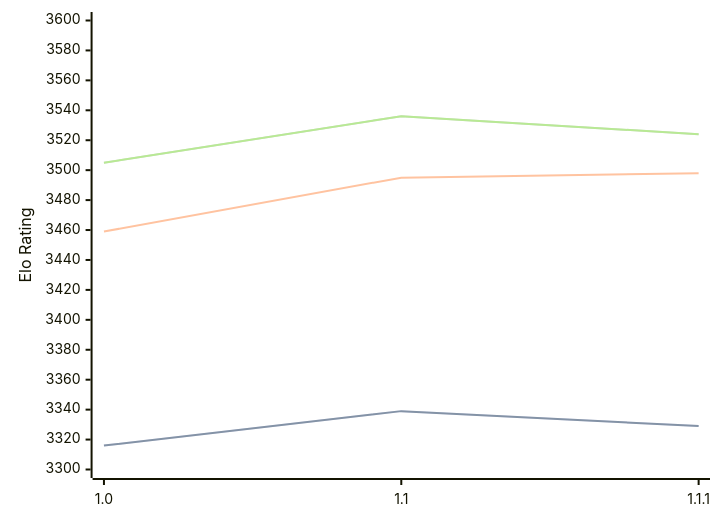
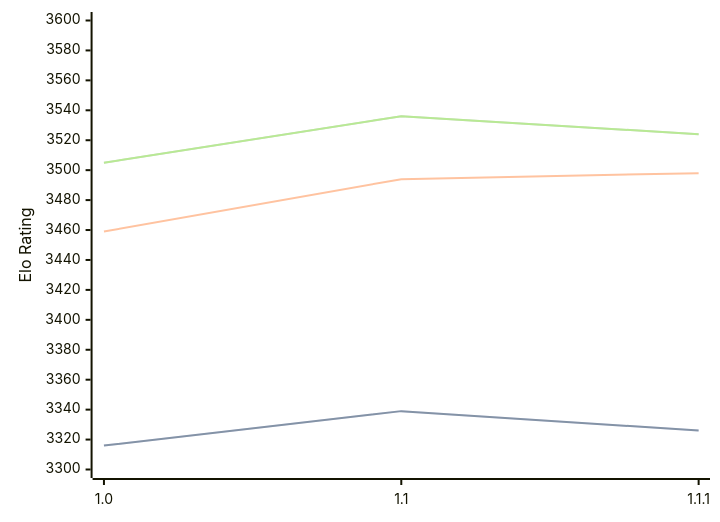
Before and after one commit to computer-chess-index/cci: the diagram in engines/Icarus.md, drawn with Mermaid. The commit also changed other lines of this file, not shown here.

````diff
--- a/engines/Icarus.md
+++ b/engines/Icarus.md
@@ -33,11 +33,11 @@
 ```mermaid
 %%{init: {"theme":"base","themeVariables":{"seriesColors:['#a3a3a3','#222221','#faa371']}}}%%
 xychart-beta
   x-axis ["1.0", "1.1", "1.1.1"]
   y-axis "Elo Rating" 3300 --> 3600
-  line "" [3316, 3339, 3329]
-  line "STC (8.0+0.08s)" [3316, 3339, 3329]
-  line "LTC (60.0+0.60s)" [3459, 3495, 3498]
+  line "" [3316, 3339, 3326]
+  line "STC (8.0+0.08s)" [3316, 3339, 3326]
+  line "LTC (60.0+0.60s)" [3459, 3494, 3498]
   line "" [3505, 3536, 3524]
   line "VLTC (2m24s+1.12s)" [3505, 3536, 3524]
 ```
````
